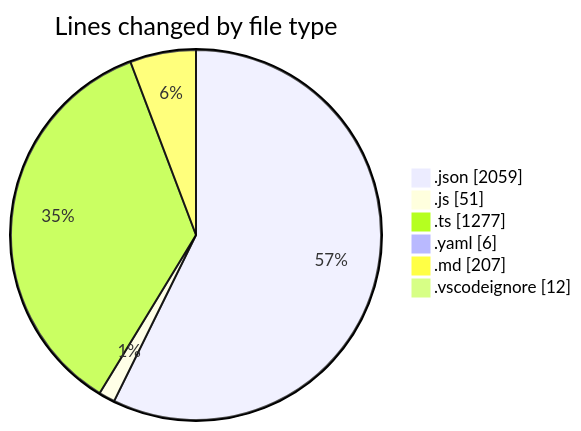
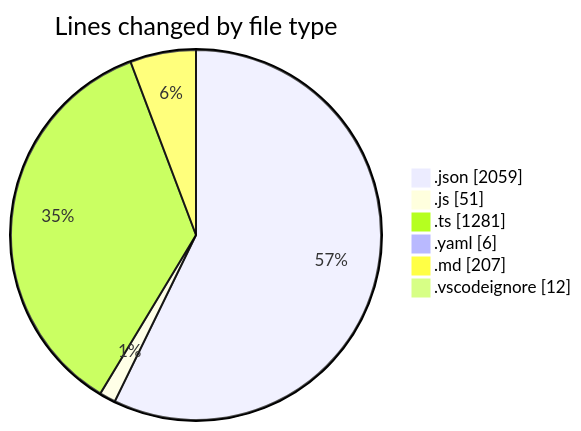
The first of 2 diagrams in 2024-12-29/my-code-activity-ext/README.md (ernivani/code-tracking), drawn with Mermaid before and after one commit. The commit also changed other lines of this file and 2 other files, not shown here.

````diff
--- a/2024-12-29/my-code-activity-ext/README.md
+++ b/2024-12-29/my-code-activity-ext/README.md
@@ -35,10 +35,10 @@
 ```mermaid
 pie showData
 title Lines changed by file type
 ".json" : 2059
 ".js" : 51
-".ts" : 1277
+".ts" : 1281
 ".yaml" : 6
 ".md" : 207
 ".vscodeignore" : 12
 ```
````
